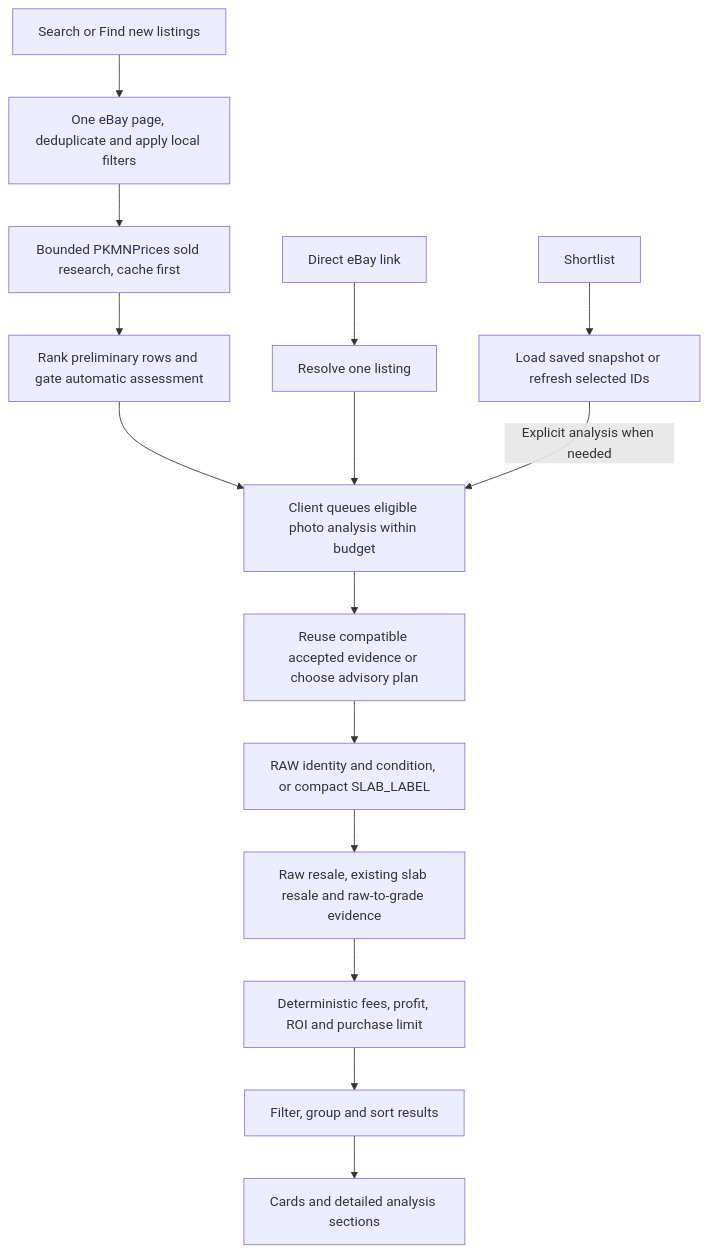
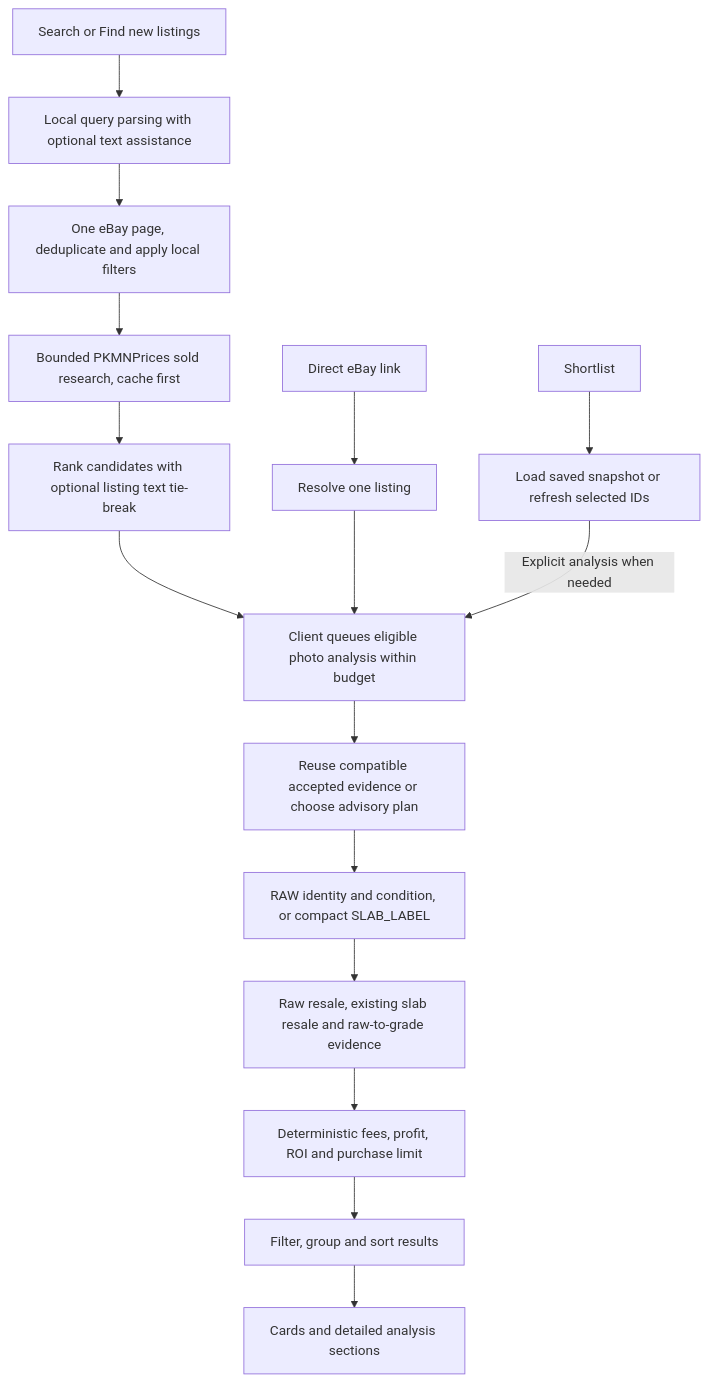
One commit to life423/pokemon-flipper changed the diagram in docs/architecture.md. Above: the diagram before and after it, drawn with Mermaid. The commit also changed other lines of this file and 32 other files, not shown here.

````diff
--- a/docs/architecture.md
+++ b/docs/architecture.md
@@ -11,17 +11,18 @@
 ```mermaid
 flowchart TD
-    S[Search or Find new listings] --> F[One eBay page, deduplicate and apply local filters]
+    S[Search or Find new listings] --> Q0[Local query parsing with optional text assistance]
+    Q0 --> F[One eBay page, deduplicate and apply local filters]
     F --> P0[Bounded PKMNPrices sold research, cache first]
-    P0 --> G[Rank preliminary rows and gate automatic assessment]
+    P0 --> G[Rank candidates with optional listing text tie-break]
     L[Direct eBay link] --> R[Resolve one listing]
     Q[Shortlist] --> K[Load saved snapshot or refresh selected IDs]
     G --> A[Client queues eligible photo analysis within budget]
     R --> A
     K -->|Explicit analysis when needed| A
     A --> B[Reuse compatible accepted evidence or choose advisory plan]
     B --> I[RAW identity and condition, or compact SLAB_LABEL]
     I --> P[Raw resale, existing slab resale and raw-to-grade evidence]
     P --> M[Deterministic fees, profit, ROI and purchase limit]
     M --> V[Filter, group and sort results]
     V --> U[Cards and detailed analysis sections]
 ```
````
